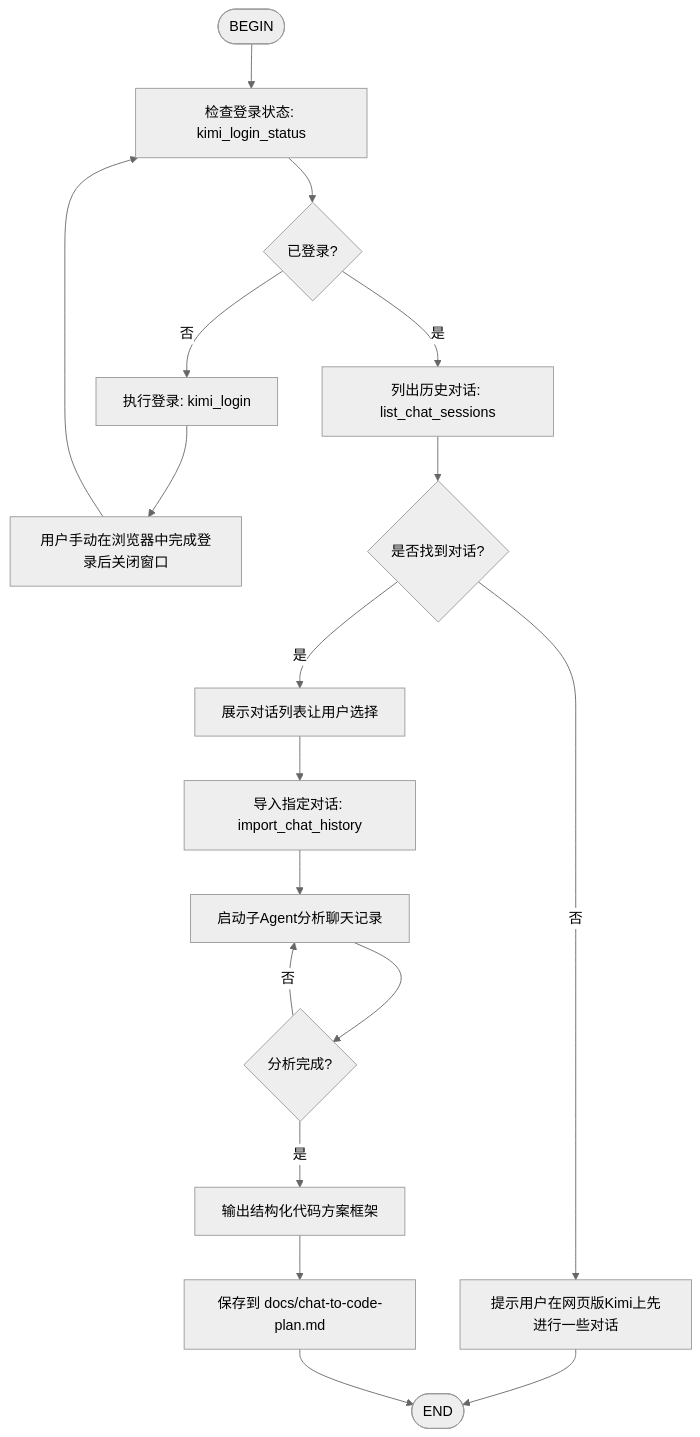
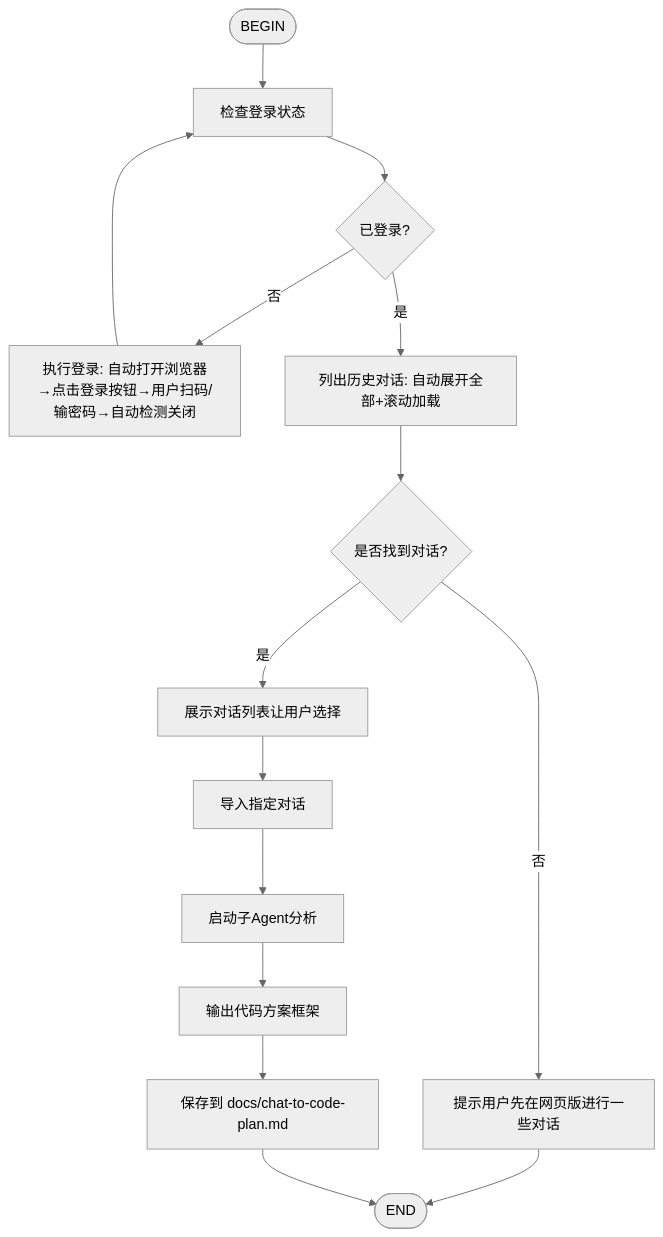
Before and after one commit to ZephinueCode/KimiReader: the diagram in skill/chat-to-code/SKILL.md, drawn with Mermaid (neutral theme). The commit also changed other lines of this file and 16 other files, not shown here.

````diff
--- a/skill/chat-to-code/SKILL.md
+++ b/skill/chat-to-code/SKILL.md
@@ -23,20 +27,17 @@
 ```mermaid
 flowchart TD
-    A([BEGIN]) --> B[检查登录状态: kimi_login_status]
+    A([BEGIN]) --> B[检查登录状态]
     B --> C{已登录?}
-    C -->|否| D[执行登录: kimi_login]
-    D --> E[用户手动在浏览器中完成登录后关闭窗口]
-    E --> B
-    C -->|是| F[列出历史对话: list_chat_sessions]
-    F --> G{是否找到对话?}
-    G -->|否| H[提示用户在网页版Kimi上先进行一些对话]
-    H --> I([END])
-    G -->|是| J[展示对话列表让用户选择]
-    J --> K[导入指定对话: import_chat_history]
-    K --> L[启动子Agent分析聊天记录]
-    L --> M{分析完成?}
-    M -->|否| L
-    M -->|是| N[输出结构化代码方案框架]
-    N --> O[保存到 docs/chat-to-code-plan.md]
-    O --> I
+    C -->|否| D[执行登录: 自动打开浏览器→点击登录按钮→用户扫码/输密码→自动检测关闭]
+    D --> B
+    C -->|是| E[列出历史对话: 自动展开全部+滚动加载]
+    E --> F{是否找到对话?}
+    F -->|否| G[提示用户先在网页版进行一些对话]
+    G --> H([END])
+    F -->|是| I[展示对话列表让用户选择]
+    I --> J[导入指定对话]
+    J --> K[启动子Agent分析]
+    K --> L[输出代码方案框架]
+    L --> M[保存到 docs/chat-to-code-plan.md]
+    M --> H
 ```
````
